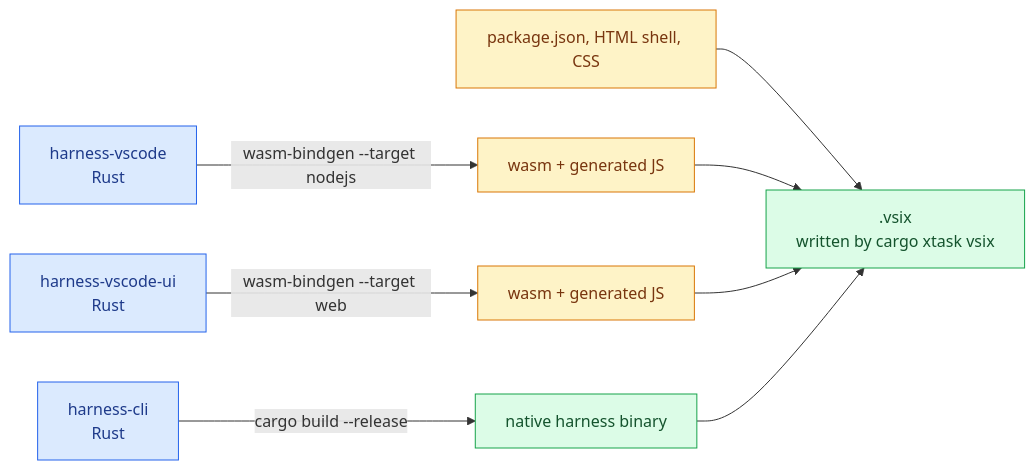
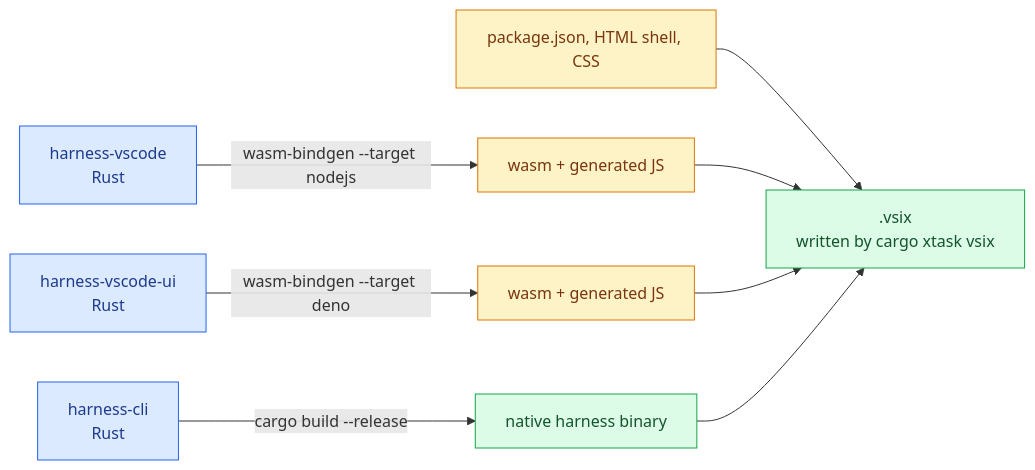
Before and after one commit to fzzinchemical/Praxis: the diagram in docs/adr/0001-rust-only-with-minimal-vscode-glue.md, drawn with Mermaid. The commit also changed other lines of this file and 13 other files, not shown here.

First line of the commit message:
feat(vscode): prove Rust-only extension spike (T0.6)

````diff
--- a/docs/adr/0001-rust-only-with-minimal-vscode-glue.md
+++ b/docs/adr/0001-rust-only-with-minimal-vscode-glue.md
@@ -20,17 +20,17 @@
 ```mermaid
 flowchart LR
     ext["harness-vscode<br/>Rust"] -->|"wasm-bindgen --target nodejs"| extout["wasm + generated JS"]
-    ui["harness-vscode-ui<br/>Rust"] -->|"wasm-bindgen --target web"| uiout["wasm + generated JS"]
+    ui["harness-vscode-ui<br/>Rust"] -->|"wasm-bindgen --target deno"| uiout["wasm + generated JS"]
     cli["harness-cli<br/>Rust"] -->|"cargo build --release"| bin["native harness binary"]
     manifest["package.json, HTML shell, CSS"] --> vsix
     extout --> vsix[".vsix<br/>written by cargo xtask vsix"]
     uiout --> vsix
     bin --> vsix
 
     classDef rust fill:#dbeafe,stroke:#2563eb,color:#1e3a8a
     classDef glue fill:#fef3c7,stroke:#d97706,color:#78350f
     classDef output fill:#dcfce7,stroke:#16a34a,color:#14532d
     class ext,ui,cli rust
     class manifest,extout,uiout glue
     class bin,vsix output
 ```
````
